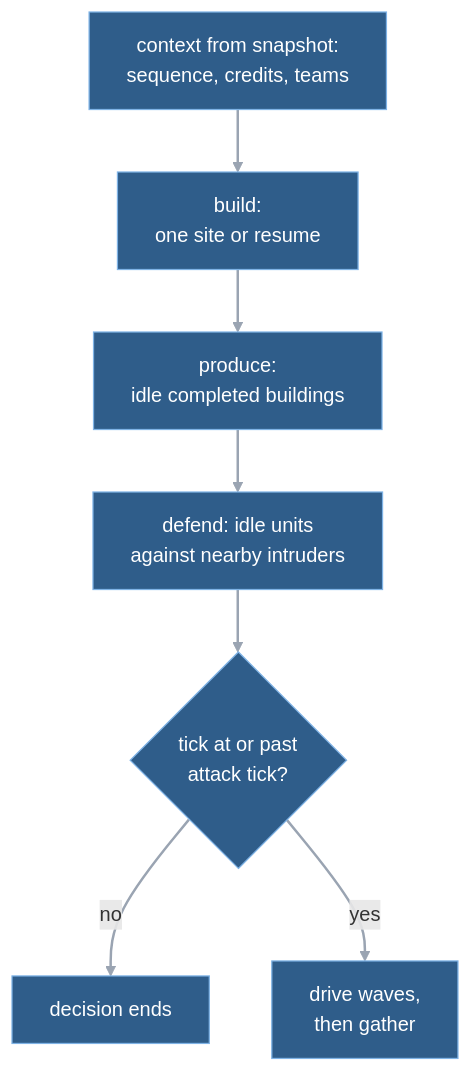
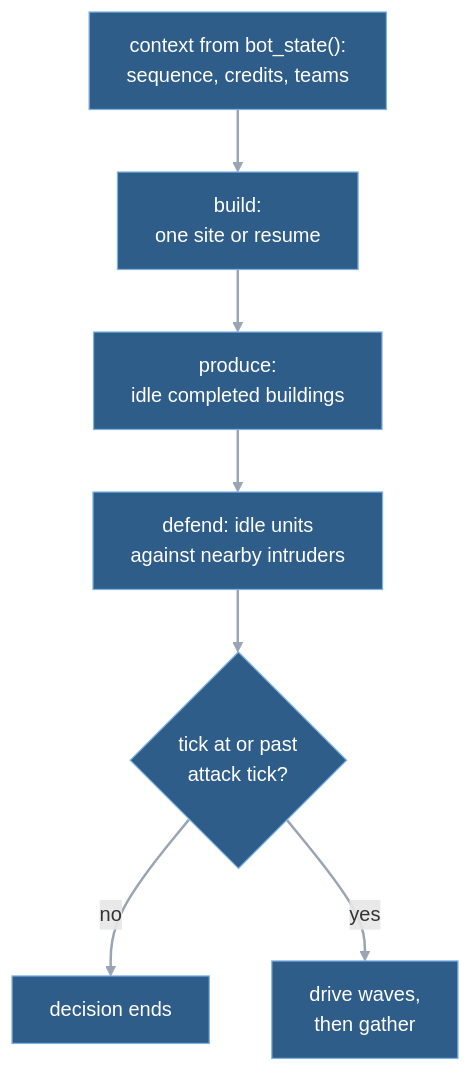
Before and after one commit to blackcindergames/wargrid: the second of 2 diagrams in docs/guide/09-ai.md, drawn with Mermaid. The commit also changed other lines of this file and 3 other files, not shown here.

````diff
--- a/docs/guide/09-ai.md
+++ b/docs/guide/09-ai.md
@@ -56,12 +56,12 @@
 ```mermaid
 flowchart TD
-    R["context from snapshot:<br/>sequence, credits, teams"] --> B["build:<br/>one site or resume"]
+    R["context from bot_state():<br/>sequence, credits, teams"] --> B["build:<br/>one site or resume"]
     B --> P["produce:<br/>idle completed buildings"]
     P --> D["defend: idle units<br/>against nearby intruders"]
     D --> G{"tick at or past<br/>attack tick?"}
     G -- "no" --> X["decision ends"]
     G -- "yes" --> W["drive waves,<br/>then gather"]
     classDef sim fill:#2f5d8a,stroke:#7fb3e6,color:#ffffff
     class R,B,P,D,G,X,W sim
     linkStyle default stroke:#9aa4b2,stroke-width:2px
 ```
````
